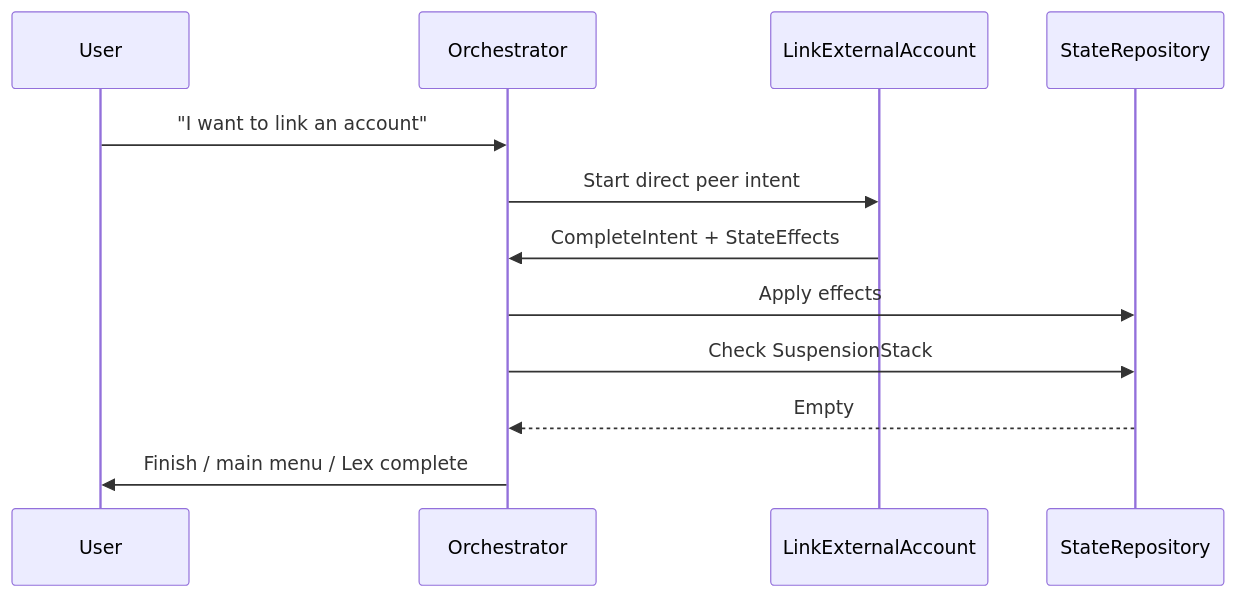
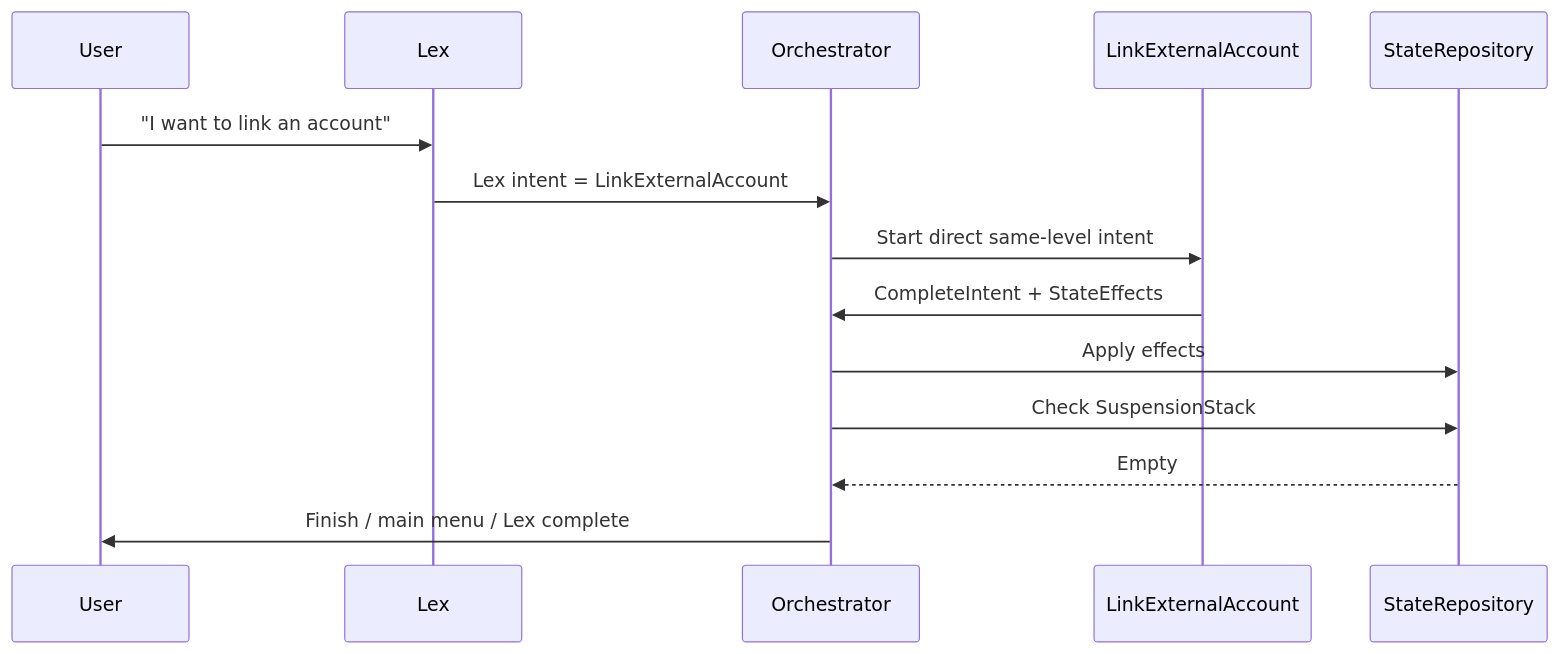
One commit to fghjkl007/adk-go-company-model-integration changed the fifth of 7 diagrams in docs/superpowers/specs/2026-06-07-intent-step-orchestration-confluence.md. Above: the diagram before and after it, drawn with Mermaid. The commit also changed other lines of this file, not shown here.

Commit message:
docs: clarify make payment link account switch path

````diff
--- a/docs/superpowers/specs/2026-06-07-intent-step-orchestration-confluence.md
+++ b/docs/superpowers/specs/2026-06-07-intent-step-orchestration-confluence.md
@@ -168,15 +173,17 @@
 ```mermaid
 sequenceDiagram
   participant User
+  participant Lex
   participant Orchestrator
   participant LinkExternalAccount
   participant StateRepository
 
-  User->>Orchestrator: "I want to link an account"
-  Orchestrator->>LinkExternalAccount: Start direct peer intent
+  User->>Lex: "I want to link an account"
+  Lex->>Orchestrator: Lex intent = LinkExternalAccount
+  Orchestrator->>LinkExternalAccount: Start direct same-level intent
   LinkExternalAccount->>Orchestrator: CompleteIntent + StateEffects
   Orchestrator->>StateRepository: Apply effects
   Orchestrator->>StateRepository: Check SuspensionStack
   StateRepository-->>Orchestrator: Empty
   Orchestrator->>User: Finish / main menu / Lex complete
 ```
````
